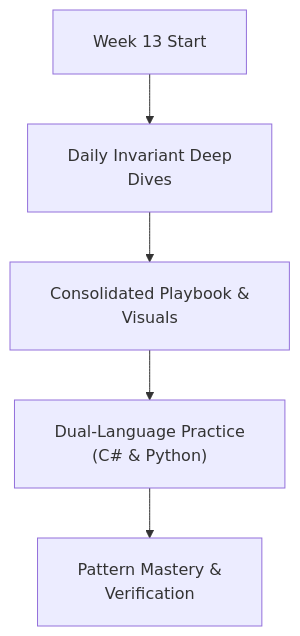
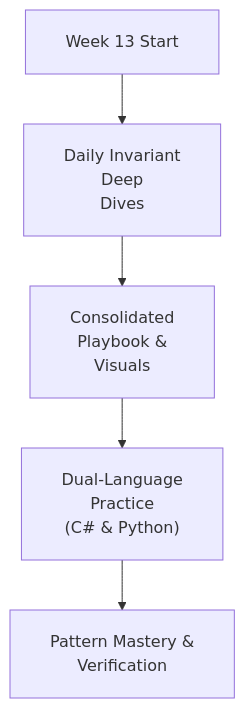
Before and after one commit to dip4k/DSA_102: the diagram in week_13_backtracking_and_branch_bound/README.md, drawn with Mermaid. The commit also changed 106 other files, not shown here.

First line of the commit message:
fix(mermaid): prevent text clipping with foreignObject overflow and tighter line wrapping

````diff
--- a/week_13_backtracking_and_branch_bound/README.md
+++ b/week_13_backtracking_and_branch_bound/README.md
@@ -16,8 +16,8 @@
 ```mermaid
-%%{init: {"flowchart": {"htmlLabels": true, "padding": 20}}}%%
+%%{init: {"flowchart": {"htmlLabels": true, "padding": 20}, "themeCSS": "foreignObject { overflow: visible !important; }"}}%%
 flowchart TD
-    Start["Week 13 Start"] --> Daily["Daily Invariant Deep<br/>Dives"]
-    Daily --> Playbook["Consolidated Playbook &<br/>Visuals"]
-    Playbook --> DualLang["Dual-Language Practice<br/>(C# & Python)"]
+    Start["Week 13 Start"] --> Daily["Daily Invariant<br/>Deep<br/>Dives"]
+    Daily --> Playbook["Consolidated<br/>Playbook &<br/>Visuals"]
+    Playbook --> DualLang["Dual-Language<br/>Practice<br/>(C# & Python)"]
     DualLang --> Mastery["Pattern Mastery &<br/>Verification"]
 ```
````
